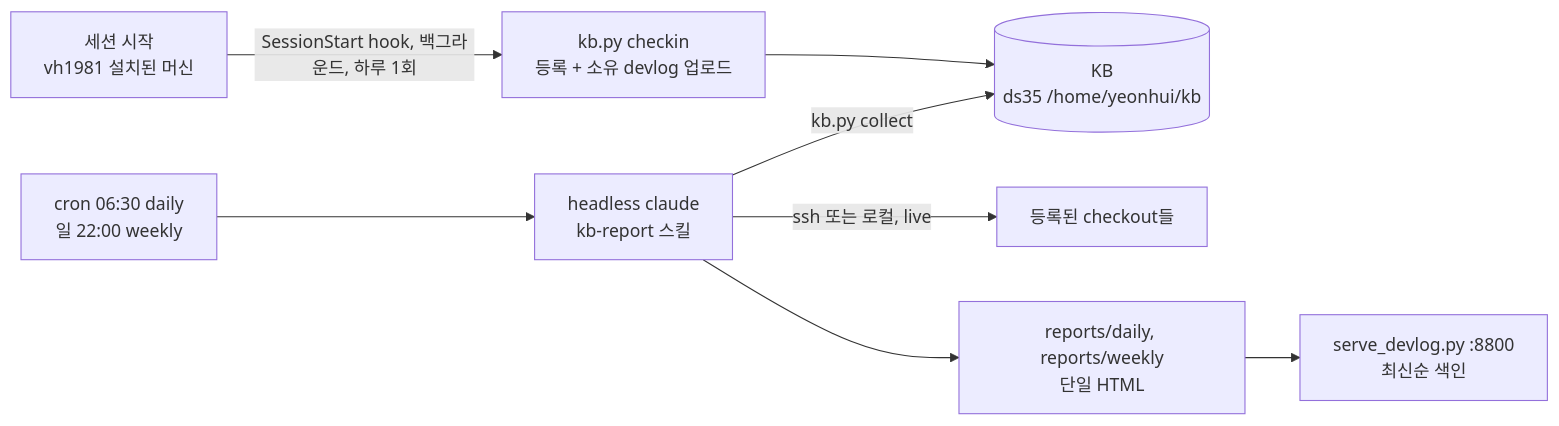
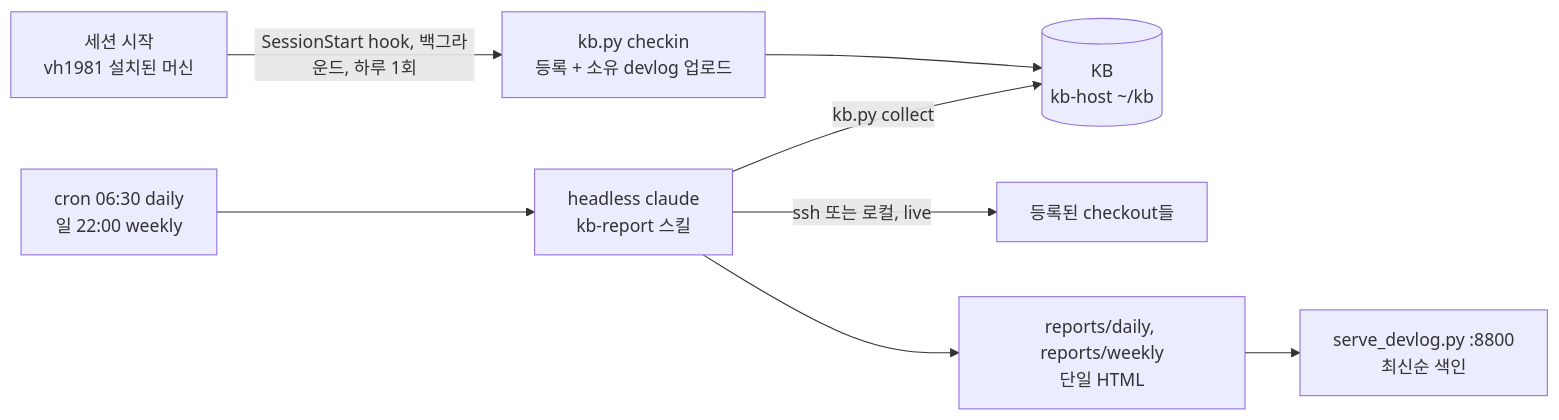
Before and after one commit to vincenthanna/vh1981_skills: the diagram in docs/projects/knowledge-base/01_spec-and-plan.md, drawn with Mermaid. The commit also changed other lines of this file and 22 other files, not shown here.

````diff
--- a/docs/projects/knowledge-base/01_spec-and-plan.md
+++ b/docs/projects/knowledge-base/01_spec-and-plan.md
@@ -232,10 +233,10 @@
 ```mermaid
 flowchart LR
   S[세션 시작<br>vh1981 설치된 머신] -->|SessionStart hook, 백그라운드, 하루 1회| C[kb.py checkin<br>등록 + 소유 devlog 업로드]
-  C --> KB[(KB<br>ds35 /home/yeonhui/kb)]
+  C --> KB[(KB<br>kb-host ~/kb)]
   CR[cron 06:30 daily<br>일 22:00 weekly] --> R[headless claude<br>kb-report 스킬]
   R -->|kb.py collect| KB
   R -->|ssh 또는 로컬, live| W[등록된 checkout들]
   R --> H[reports/daily, reports/weekly<br>단일 HTML]
   H --> SV[serve_devlog.py :8800<br>최신순 색인]
 ```
````
